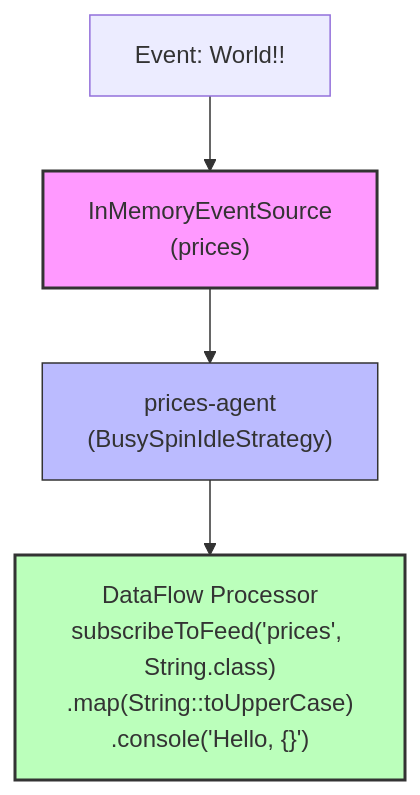
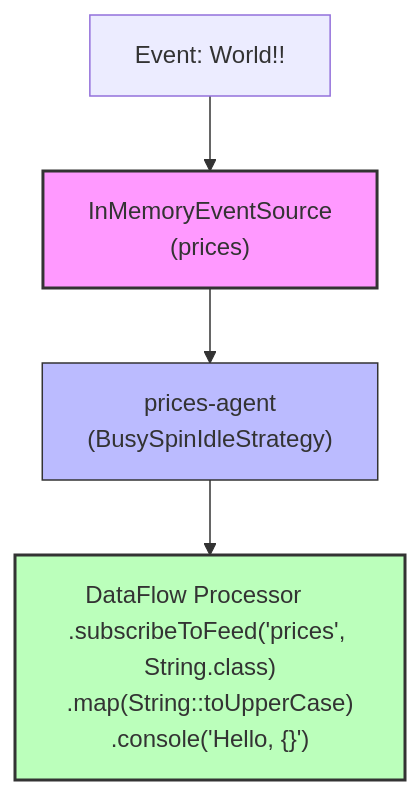
One commit to telaminai/mongoose-examples changed the diagram in gettting-started/stream-programming-tutorial/README.md. Above: the diagram before and after it, drawn with Mermaid.

Commit message:
Fixed formatting in `StreamProgrammingTutorial` README for better readability.

````diff
--- a/gettting-started/stream-programming-tutorial/README.md
+++ b/gettting-started/stream-programming-tutorial/README.md
@@ -25,26 +25,26 @@
 ```mermaid
 flowchart TD
     %% Event Source
     prices["InMemoryEventSource<br>(prices)"]
 
     %% Agent
     pricesAgent["prices-agent<br>(BusySpinIdleStrategy)"]
 
     %% DataFlow Processor
-    df["DataFlow Processor<br>subscribeToFeed('prices', String.class)<br>.map(String::toUpperCase)<br>.console('Hello, {}')"]
+    df["DataFlow Processor     <br>.subscribeToFeed('prices', String.class)<br>.map(String::toUpperCase)<br>.console('Hello, {}')"]
 
     %% Connections
     prices --> pricesAgent
     pricesAgent --> df
 
     %% Example event
     ev1["Event: World!!"] --> prices
 
     %% Styling
     classDef source fill:#f9f,stroke:#333,stroke-width:2px
     classDef agent fill:#bbf,stroke:#333,stroke-width:1px
     classDef handler fill:#bfb,stroke:#333,stroke-width:2px
     class prices source
     class pricesAgent agent
     class df handler
 ```
````
